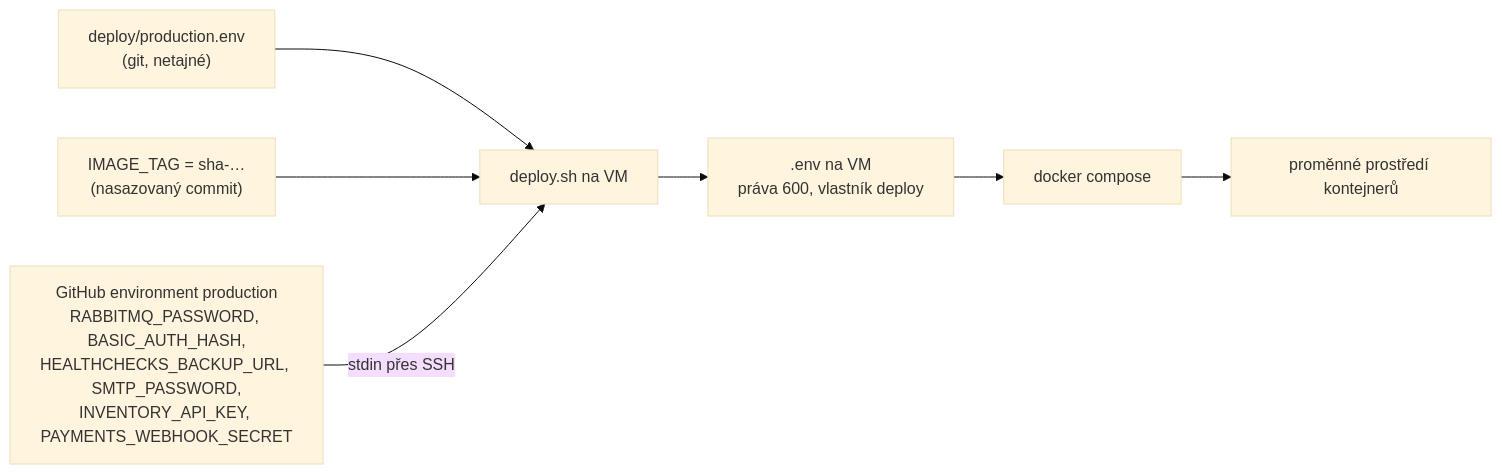
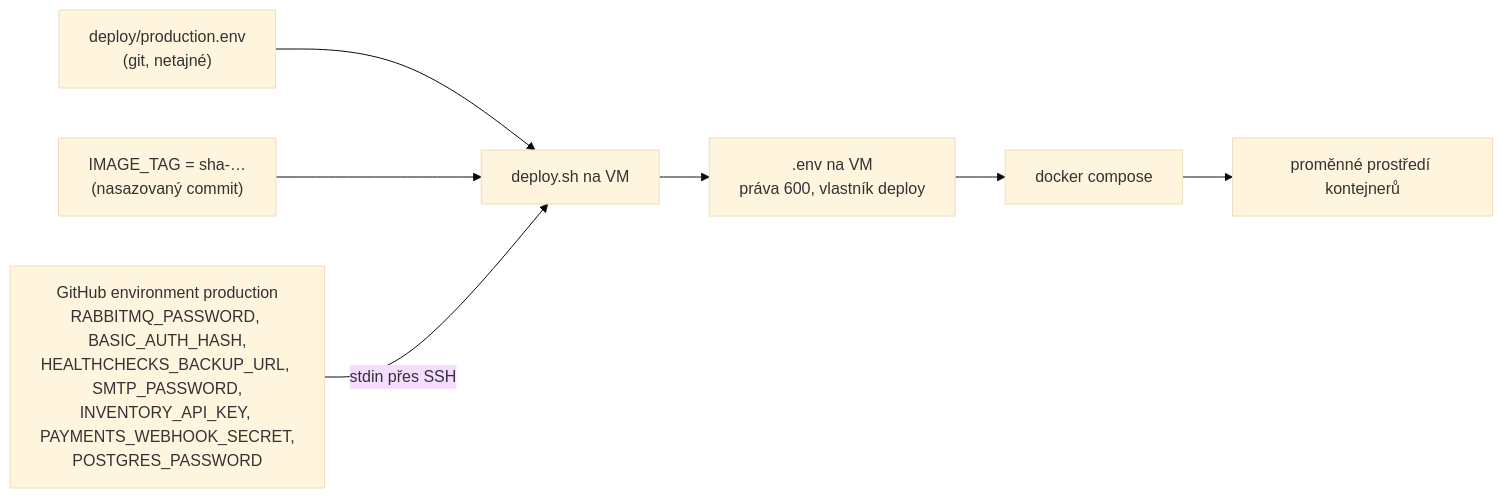
The diagram in docs/prirucka/github/secrets.md (ftichy/MiniShop), drawn with Mermaid (base theme) before and after one commit. The commit also changed other lines of this file and 35 other files, not shown here.

````diff
--- a/docs/prirucka/github/secrets.md
+++ b/docs/prirucka/github/secrets.md
@@ -12,11 +12,11 @@
 ```mermaid
 flowchart LR
     pe["deploy/production.env<br/>(git, netajné)"] --> sh["deploy.sh na VM"]
     tag["IMAGE_TAG = sha-…<br/>(nasazovaný commit)"] --> sh
-    sec["GitHub environment production<br/>RABBITMQ_PASSWORD, BASIC_AUTH_HASH,<br/>HEALTHCHECKS_BACKUP_URL, SMTP_PASSWORD,<br/>INVENTORY_API_KEY, PAYMENTS_WEBHOOK_SECRET"] -->|"stdin přes SSH"| sh
+    sec["GitHub environment production<br/>RABBITMQ_PASSWORD, BASIC_AUTH_HASH,<br/>HEALTHCHECKS_BACKUP_URL, SMTP_PASSWORD,<br/>INVENTORY_API_KEY, PAYMENTS_WEBHOOK_SECRET,<br/>POSTGRES_PASSWORD"] -->|"stdin přes SSH"| sh
     sh --> env[".env na VM<br/>práva 600, vlastník deploy"]
     env --> compose["docker compose"]
     compose --> cont["proměnné prostředí kontejnerů"]
 
     click sh "/Docs/github/cd"
 ```
````
